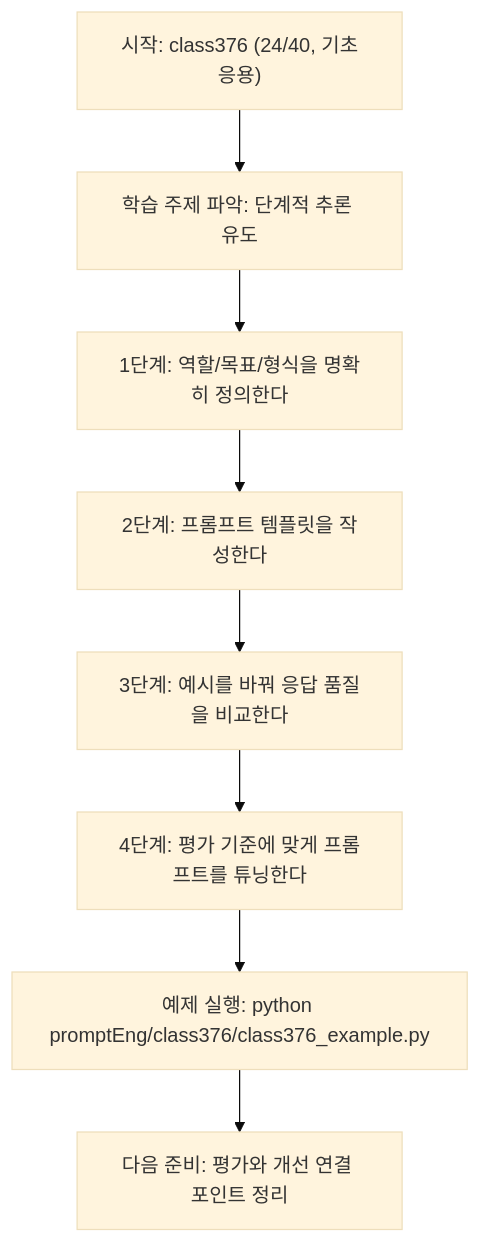
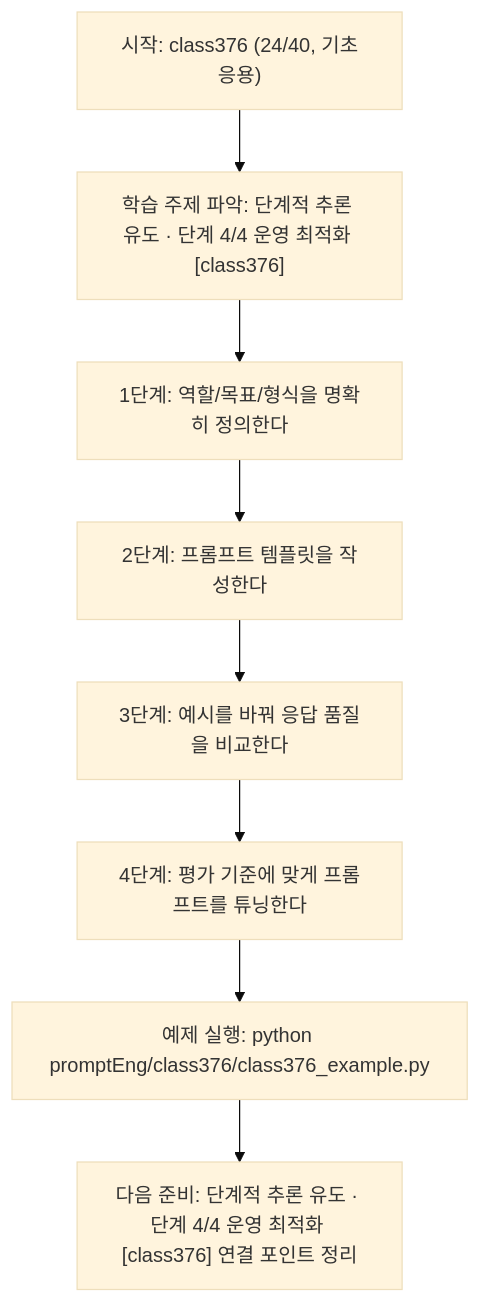
The diagram in promptEng/class376/class376.md (edumgt/Python-AI_Agent-Class), drawn with Mermaid (base theme) before and after one commit. The commit also changed other lines of this file and 522 other files, not shown here.

````diff
--- a/promptEng/class376/class376.md
+++ b/promptEng/class376/class376.md
@@ -109,18 +110,18 @@
 ```mermaid
 flowchart TD
 N1["시작: class376 (24/40, 기초응용)"]
-N2["학습 주제 파악: 단계적 추론 유도"]
+N2["학습 주제 파악: 단계적 추론 유도 · 단계 4/4 운영 최적화 [class376]"]
 N3["1단계: 역할/목표/형식을 명확히 정의한다"]
 N4["2단계: 프롬프트 템플릿을 작성한다"]
 N5["3단계: 예시를 바꿔 응답 품질을 비교한다"]
 N6["4단계: 평가 기준에 맞게 프롬프트를 튜닝한다"]
 N7["예제 실행: python promptEng/class376/class376_example.py"]
-N8["다음 준비: 평가와 개선 연결 포인트 정리"]
+N8["다음 준비: 단계적 추론 유도 · 단계 4/4 운영 최적화 [class376] 연결 포인트 정리"]
 N1 --> N2
 N2 --> N3
 N3 --> N4
 N4 --> N5
 N5 --> N6
 N6 --> N7
 N7 --> N8
 ```
````
